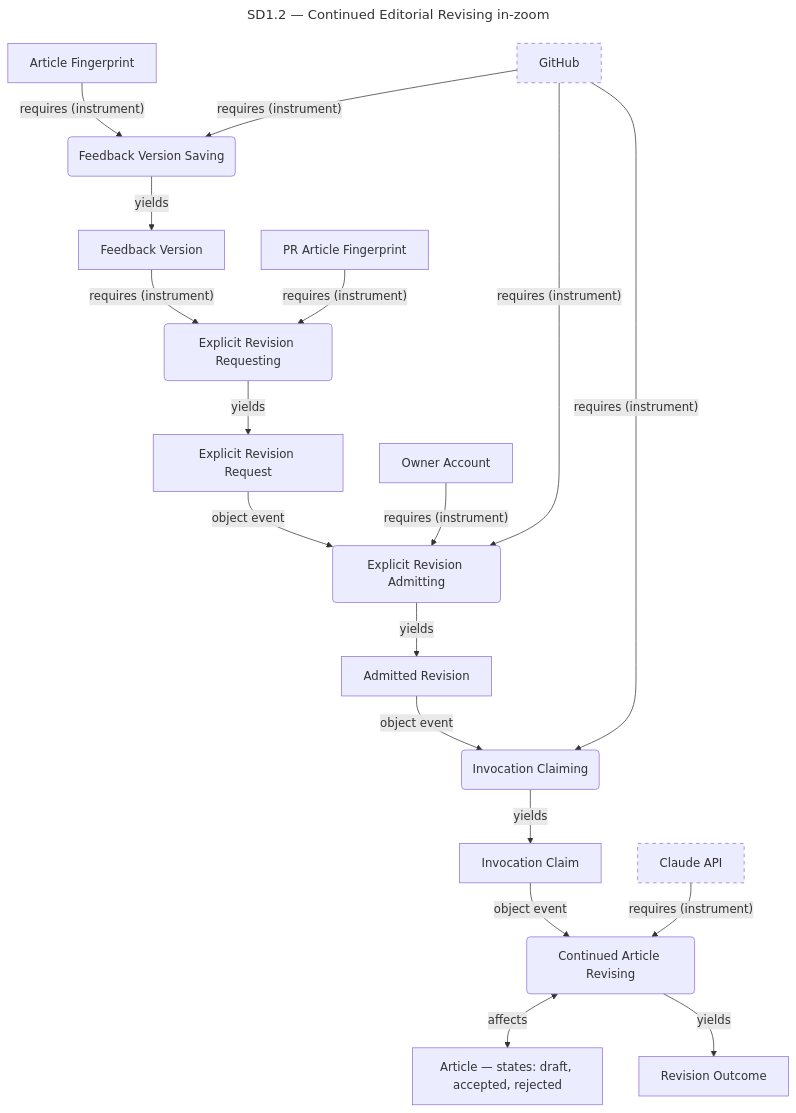
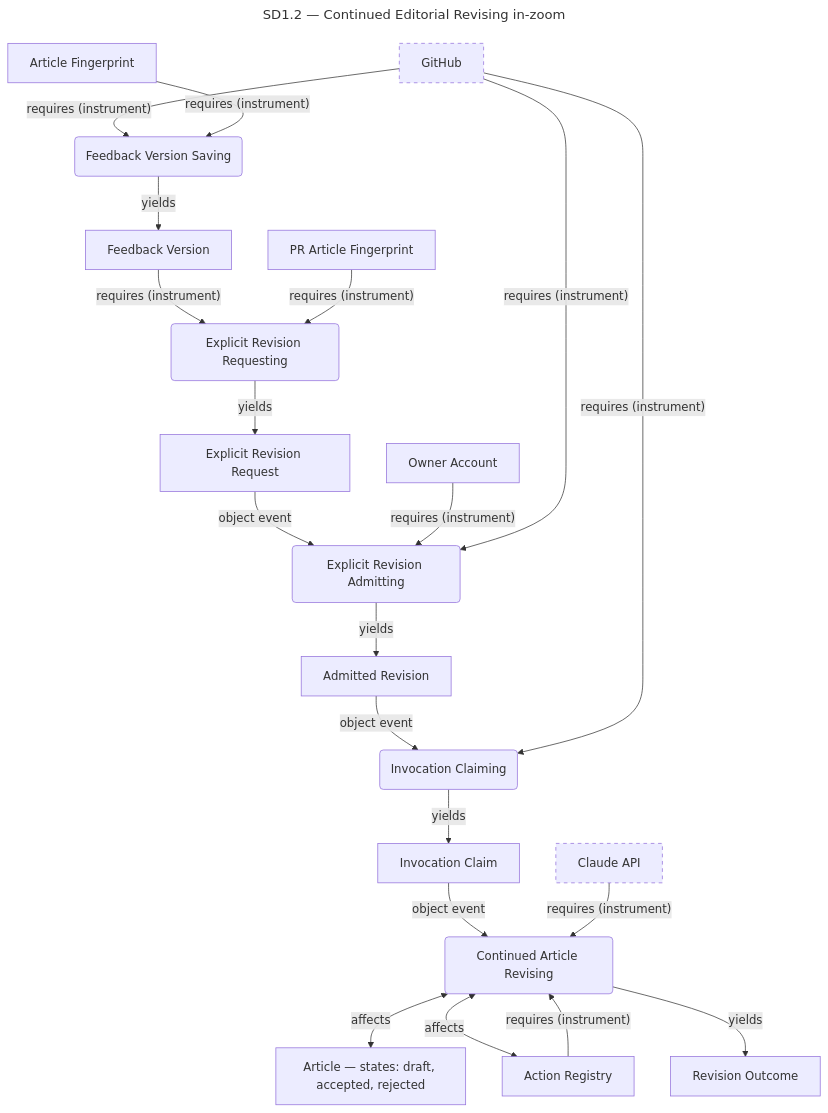
Before and after one commit to ojfbot/daily-logger: the third of 3 diagrams in opm/system.md, drawn with Mermaid. The commit also changed other lines of this file and 32 other files, not shown here.

````diff
--- a/opm/system.md
+++ b/opm/system.md
@@ -422,43 +422,46 @@
 ```mermaid
 ---
 title: "SD1.2 — Continued Editorial Revising in-zoom"
 ---
 flowchart TD
   accTitle: SD1.2 — Continued Editorial Revising in-zoom
   accDescr: Lossy system model projection. Complete source facts follow this diagram.
   n4["GitHub"]
   style n4 stroke-dasharray: 5 5
   n70("Feedback Version Saving")
   n35["Article Fingerprint"]
   n71["Feedback Version"]
   n72("Explicit Revision Requesting")
   n73["PR Article Fingerprint"]
   n74["Explicit Revision Request"]
   n75("Explicit Revision Admitting")
   n76["Owner Account"]
   n77["Admitted Revision"]
   n78("Invocation Claiming")
   n79["Invocation Claim"]
   n80("Continued Article Revising")
   n27["Claude API"]
   style n27 stroke-dasharray: 5 5
+  n22["Action Registry"]
   n0["Article — states: draft, accepted, rejected"]
   n81["Revision Outcome"]
   n4 -->|"requires (instrument)"| n70
   n35 -->|"requires (instrument)"| n70
   n70 -->|"yields"| n71
   n71 -->|"requires (instrument)"| n72
   n73 -->|"requires (instrument)"| n72
   n72 -->|"yields"| n74
   n74 -->|"object event"| n75
   n76 -->|"requires (instrument)"| n75
   n4 -->|"requires (instrument)"| n75
   n75 -->|"yields"| n77
   n77 -->|"object event"| n78
   n4 -->|"requires (instrument)"| n78
   n78 -->|"yields"| n79
   n79 -->|"object event"| n80
   n27 -->|"requires (instrument)"| n80
+  n22 -->|"requires (instrument)"| n80
   n80 <-->|"affects"| n0
+  n80 <-->|"affects"| n22
   n80 -->|"yields"| n81
 ```
````
